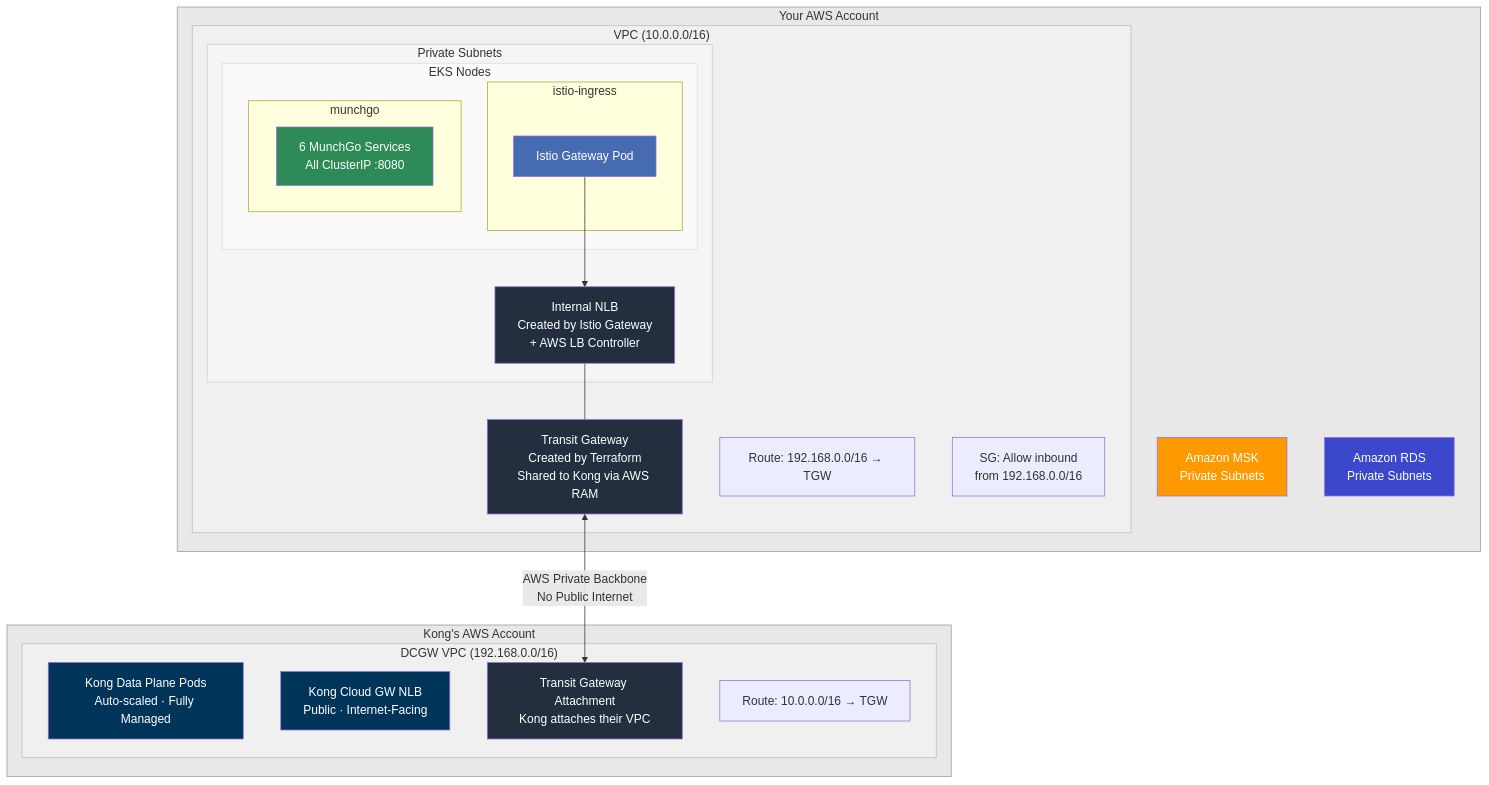
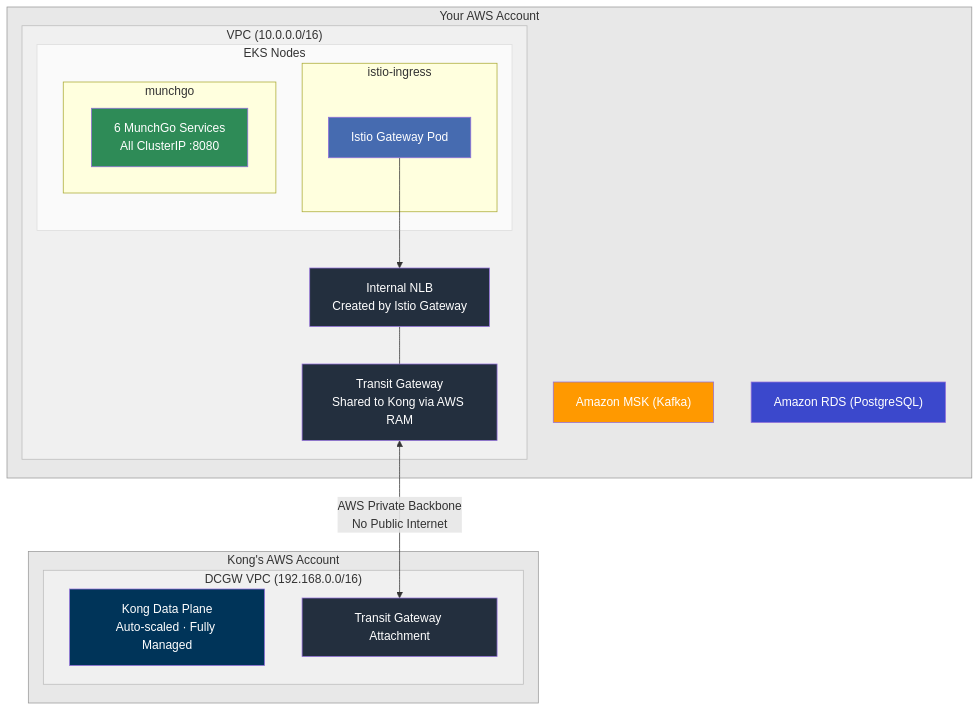
The second of 12 diagrams in README.md (shanaka-versent/munchgo-aws-iac), drawn with Mermaid before and after one commit. The commit also changed other lines of this file, not shown here.

````diff
--- a/README.md
+++ b/README.md
@@ -182,52 +159,44 @@
 ```mermaid
 graph TB
-    subgraph your_acct2 ["Your AWS Account"]
+    subgraph your_acct ["Your AWS Account"]
         subgraph VPC ["VPC (10.0.0.0/16)"]
-            subgraph PrivSubnets [Private Subnets]
-                subgraph EKSNodes [EKS Nodes]
-                    subgraph ns_istio_ingress ["istio-ingress"]
-                        gw_pod[Istio Gateway Pod]
-                    end
-                    subgraph ns_munchgo2 ["munchgo"]
-                        services_n["6 MunchGo Services<br/>All ClusterIP :8080"]
-                    end
+            subgraph EKSNodes [EKS Nodes]
+                subgraph ns_istio_ingress ["istio-ingress"]
+                    gw_pod[Istio Gateway Pod]
                 end
-                INLB["Internal NLB<br/>Created by Istio Gateway<br/>+ AWS LB Controller"]
+                subgraph ns_munchgo ["munchgo"]
+                    services_n["6 MunchGo Services<br/>All ClusterIP :8080"]
+                end
             end
-            TGW_Y["Transit Gateway<br/>Created by Terraform<br/>Shared to Kong via AWS RAM"]
-            RT_Y[Route: 192.168.0.0/16 → TGW]
-            SG_Y["SG: Allow inbound<br/>from 192.168.0.0/16"]
+            INLB["Internal NLB<br/>Created by Istio Gateway"]
+            TGW_Y["Transit Gateway<br/>Shared to Kong via AWS RAM"]
         end
-        MSK2["Amazon MSK<br/>Private Subnets"]
-        RDS2["Amazon RDS<br/>Private Subnets"]
+        MSK["Amazon MSK (Kafka)"]
+        RDS["Amazon RDS (PostgreSQL)"]
     end
 
-    subgraph kong_acct2 ["Kong's AWS Account"]
+    subgraph kong_acct ["Kong's AWS Account"]
         subgraph KVPC ["DCGW VPC (192.168.0.0/16)"]
-            KDP["Kong Data Plane Pods<br/>Auto-scaled · Fully Managed"]
-            KNLB["Kong Cloud GW NLB<br/>Public · Internet-Facing"]
-            TGW_K["Transit Gateway Attachment<br/>Kong attaches their VPC"]
-            RT_K[Route: 10.0.0.0/16 → TGW]
+            KDP["Kong Data Plane<br/>Auto-scaled · Fully Managed"]
+            TGW_K["Transit Gateway Attachment"]
         end
     end
 
     gw_pod --> INLB
     INLB --- TGW_Y
     TGW_Y <-->|"AWS Private Backbone<br/>No Public Internet"| TGW_K
 
     style TGW_Y fill:#232F3E,color:#fff
     style TGW_K fill:#232F3E,color:#fff
     style INLB fill:#232F3E,color:#fff
-    style KNLB fill:#003459,color:#fff
     style KDP fill:#003459,color:#fff
     style gw_pod fill:#466BB0,color:#fff
     style services_n fill:#2E8B57,color:#fff
-    style MSK2 fill:#FF9900,color:#fff
-    style RDS2 fill:#3B48CC,color:#fff
-    style your_acct2 fill:#E8E8E8,stroke:#999,color:#333
-    style kong_acct2 fill:#E8E8E8,stroke:#999,color:#333
+    style MSK fill:#FF9900,color:#fff
+    style RDS fill:#3B48CC,color:#fff
+    style your_acct fill:#E8E8E8,stroke:#999,color:#333
+    style kong_acct fill:#E8E8E8,stroke:#999,color:#333
     style VPC fill:#F0F0F0,stroke:#BBB,color:#333
     style KVPC fill:#F0F0F0,stroke:#BBB,color:#333
-    style PrivSubnets fill:#F5F5F5,stroke:#CCC,color:#333
     style EKSNodes fill:#FAFAFA,stroke:#DDD,color:#333
 ```
````
